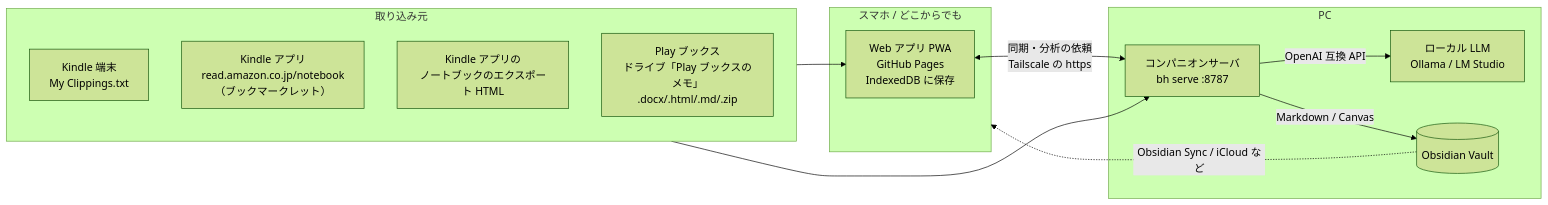
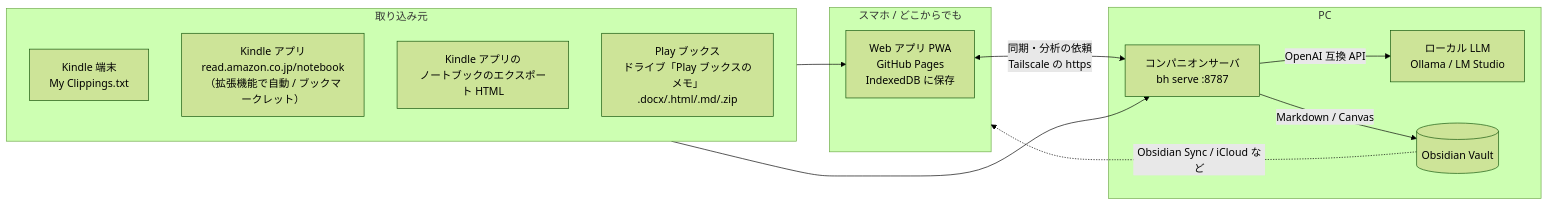
Before and after one commit to nihi566/book-highlights: the diagram in README.md, drawn with Mermaid (forest theme). The commit also changed other lines of this file and 17 other files, not shown here.

````diff
--- a/README.md
+++ b/README.md
@@ -19,23 +19,23 @@
 ```mermaid
 flowchart LR
   subgraph Sources[取り込み元]
     K1[Kindle 端末<br>My Clippings.txt]
-    K2[Kindle アプリ<br>read.amazon.co.jp/notebook<br>（ブックマークレット）]
+    K2[Kindle アプリ<br>read.amazon.co.jp/notebook<br>（拡張機能で自動 / ブックマークレット）]
     K3[Kindle アプリの<br>ノートブックのエクスポート HTML]
     P1[Play ブックス<br>ドライブ「Play ブックスのメモ」<br>.docx/.html/.md/.zip]
   end
   subgraph Phone[スマホ / どこからでも]
     W[Web アプリ PWA<br>GitHub Pages<br>IndexedDB に保存]
   end
   subgraph PC[PC]
     C[コンパニオンサーバ<br>bh serve :8787]
     L[ローカル LLM<br>Ollama / LM Studio]
     O[(Obsidian Vault)]
   end
   Sources --> W
   Sources --> C
   W <-- 同期・分析の依頼<br>Tailscale の https --> C
   C -- OpenAI 互換 API --> L
   C -- Markdown / Canvas --> O
   O -. Obsidian Sync / iCloud など .-> Phone
 ```
````
